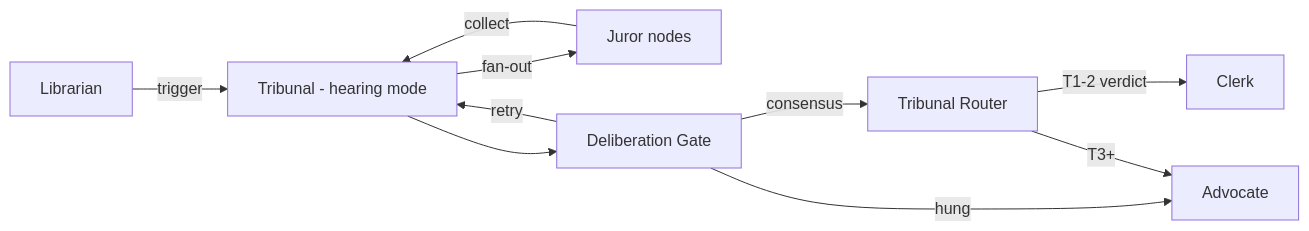
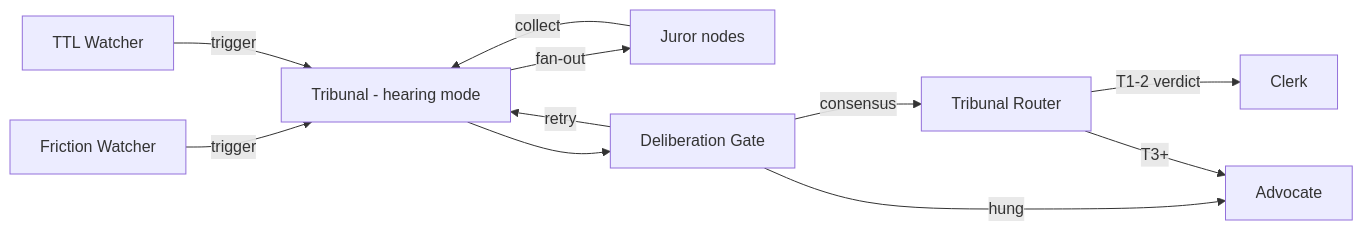
Before and after one commit to really-knows-ai/gideas: the third of 4 diagrams in specs/01-concepts/02-foundry-cycle.md, drawn with Mermaid. The commit also changed other lines of this file and 116 other files, not shown here.

````diff
--- a/specs/01-concepts/02-foundry-cycle.md
+++ b/specs/01-concepts/02-foundry-cycle.md
@@ -176,13 +184,14 @@
 ```mermaid
 flowchart LR
-    Librarian -->|trigger| Tribunal[Tribunal - hearing mode]
+    FW[Friction Watcher] -->|trigger| Tribunal[Tribunal - hearing mode]
+    TW[TTL Watcher] -->|trigger| Tribunal
     Tribunal -->|fan-out| Jurors[Juror nodes]
     Jurors -->|collect| Tribunal
     Tribunal --> DG[Deliberation Gate]
     DG -->|consensus| TR[Tribunal Router]
     DG -->|retry| Tribunal
     DG -->|hung| Advocate
 
     TR -->|T1-2 verdict| Clerk
     TR -->|T3+| Advocate
 ```
````
